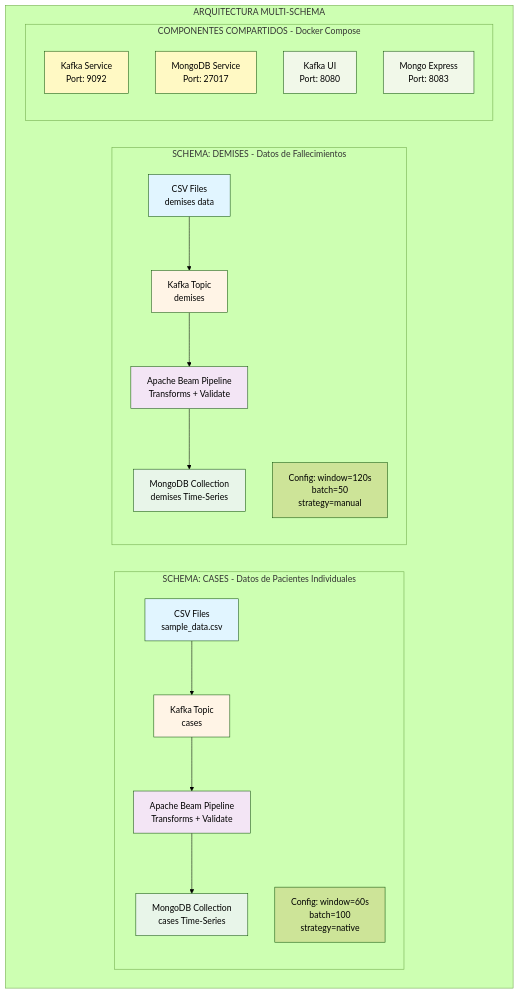
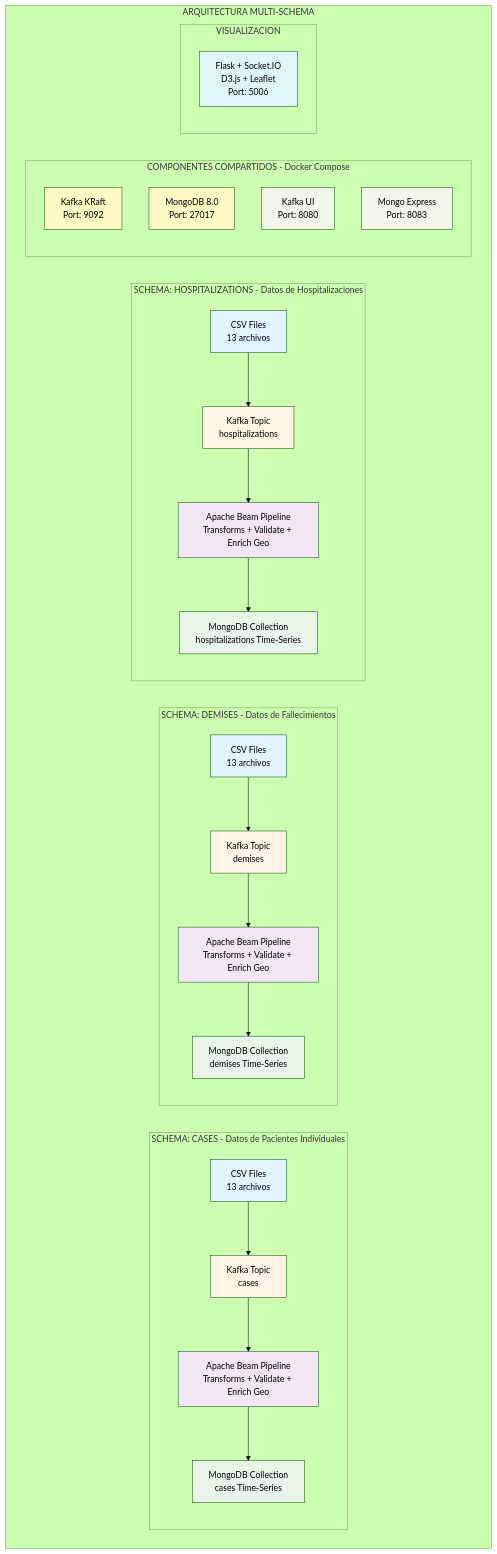
The first of 9 diagrams in README.md (arthur8davis/tfm-dataflow-architecture), drawn with Mermaid (forest theme) before and after one commit. The commit also changed other lines of this file and 9 other files, not shown here.

````diff
--- a/README.md
+++ b/README.md
@@ -44,40 +48,51 @@
 ```mermaid
 graph TB
     subgraph "ARQUITECTURA MULTI-SCHEMA"
         subgraph "SCHEMA: CASES - Datos de Pacientes Individuales"
-            CSV1[CSV Files<br/>sample_data.csv] --> Kafka1[Kafka Topic<br/>cases]
-            Kafka1 --> Beam1[Apache Beam Pipeline<br/>Transforms + Validate]
+            CSV1[CSV Files<br/>13 archivos] --> Kafka1[Kafka Topic<br/>cases]
+            Kafka1 --> Beam1[Apache Beam Pipeline<br/>Transforms + Validate + Enrich Geo]
             Beam1 --> Mongo1[MongoDB Collection<br/>cases Time-Series]
-
-            note1[Config: window=60s<br/>batch=100<br/>strategy=native]
         end
 
         subgraph "SCHEMA: DEMISES - Datos de Fallecimientos"
-            CSV2[CSV Files<br/>demises data] --> Kafka2[Kafka Topic<br/>demises]
-            Kafka2 --> Beam2[Apache Beam Pipeline<br/>Transforms + Validate]
+            CSV2[CSV Files<br/>13 archivos] --> Kafka2[Kafka Topic<br/>demises]
+            Kafka2 --> Beam2[Apache Beam Pipeline<br/>Transforms + Validate + Enrich Geo]
             Beam2 --> Mongo2[MongoDB Collection<br/>demises Time-Series]
+        end
 
-            note2[Config: window=120s<br/>batch=50<br/>strategy=manual]
+        subgraph "SCHEMA: HOSPITALIZATIONS - Datos de Hospitalizaciones"
+            CSV3[CSV Files<br/>13 archivos] --> Kafka3[Kafka Topic<br/>hospitalizations]
+            Kafka3 --> Beam3[Apache Beam Pipeline<br/>Transforms + Validate + Enrich Geo]
+            Beam3 --> Mongo3[MongoDB Collection<br/>hospitalizations Time-Series]
         end
 
         subgraph "COMPONENTES COMPARTIDOS - Docker Compose"
-            KafkaService[Kafka Service<br/>Port: 9092]
-            MongoService[MongoDB Service<br/>Port: 27017]
+            KafkaService[Kafka KRaft<br/>Port: 9092]
+            MongoService[MongoDB 8.0<br/>Port: 27017]
             KafkaUI[Kafka UI<br/>Port: 8080]
             MongoExpress[Mongo Express<br/>Port: 8083]
+        end
+
+        subgraph "VISUALIZACION"
+            Dashboard[Flask + Socket.IO<br/>D3.js + Leaflet<br/>Port: 5006]
         end
     end
 
     style CSV1 fill:#e1f5ff
     style CSV2 fill:#e1f5ff
+    style CSV3 fill:#e1f5ff
     style Kafka1 fill:#fff4e6
     style Kafka2 fill:#fff4e6
+    style Kafka3 fill:#fff4e6
     style Beam1 fill:#f3e5f5
     style Beam2 fill:#f3e5f5
+    style Beam3 fill:#f3e5f5
     style Mongo1 fill:#e8f5e9
     style Mongo2 fill:#e8f5e9
+    style Mongo3 fill:#e8f5e9
     style KafkaService fill:#fff9c4
     style MongoService fill:#fff9c4
     style KafkaUI fill:#f1f8e9
     style MongoExpress fill:#f1f8e9
+    style Dashboard fill:#e0f7fa
 ```
````
